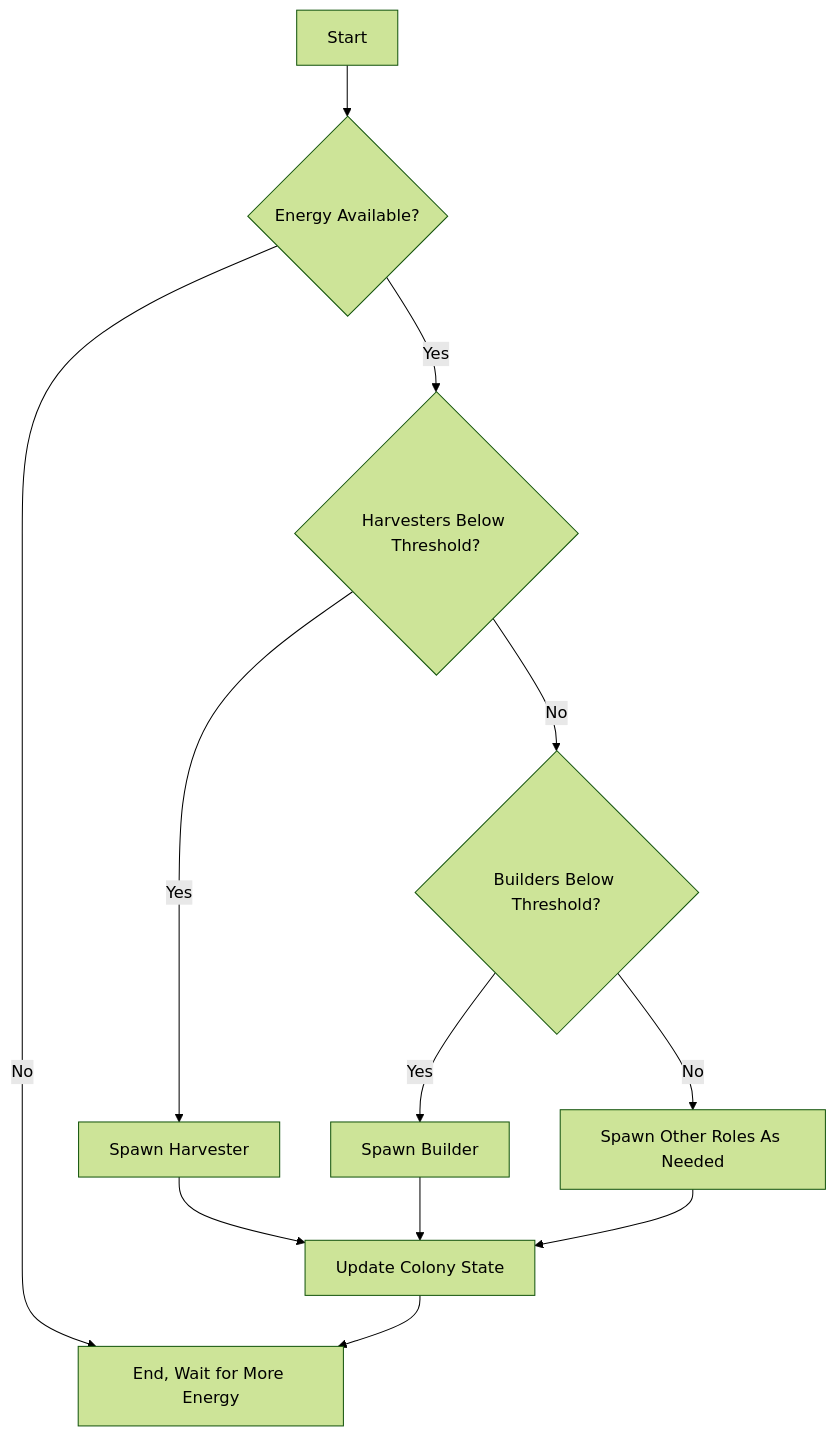
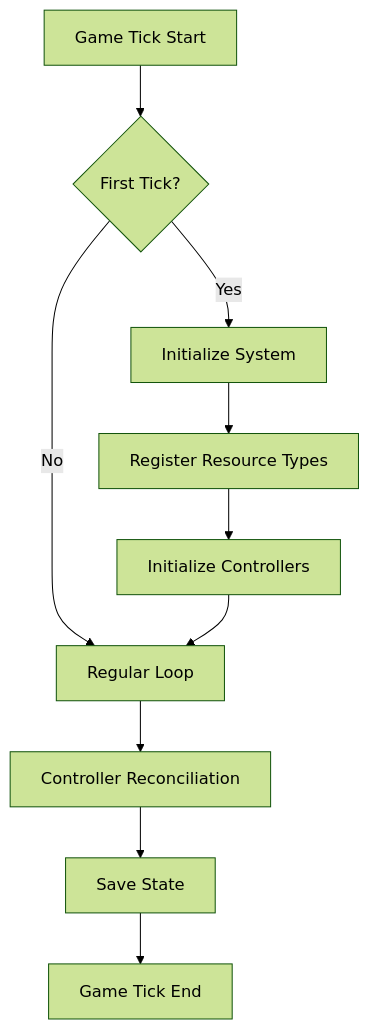
One commit to Tarolrr/screeps changed the tenth of 11 diagrams in dist2/rearch.md. Above: the diagram before and after it, drawn with Mermaid (forest theme). The commit also changed other lines of this file and 15 other files, not shown here.

````diff
--- a/dist2/rearch.md
+++ b/dist2/rearch.md
@@ -2,14 +319,12 @@
 ```mermaid
 flowchart TD
-    A[Start] --> B{Energy Available?}
-    B -- Yes --> C{Harvesters Below Threshold?}
-    B -- No --> Z[End, Wait for More Energy]
-    C -- Yes --> D[Spawn Harvester]
-    C -- No --> E{Builders Below Threshold?}
-    E -- Yes --> F[Spawn Builder]
-    E -- No --> G[Spawn Other Roles As Needed]
-    D --> H[Update Colony State]
-    F --> H
-    G --> H
-    H --> Z
+    A[Game Tick Start] --> B{First Tick?}
+    B -->|Yes| C[Initialize System]
+    B -->|No| D[Regular Loop]
+    C --> E[Register Resource Types]
+    E --> F[Initialize Controllers]
+    F --> D
+    D --> G[Controller Reconciliation]
+    G --> H[Save State]
+    H --> I[Game Tick End]
 ```
````
